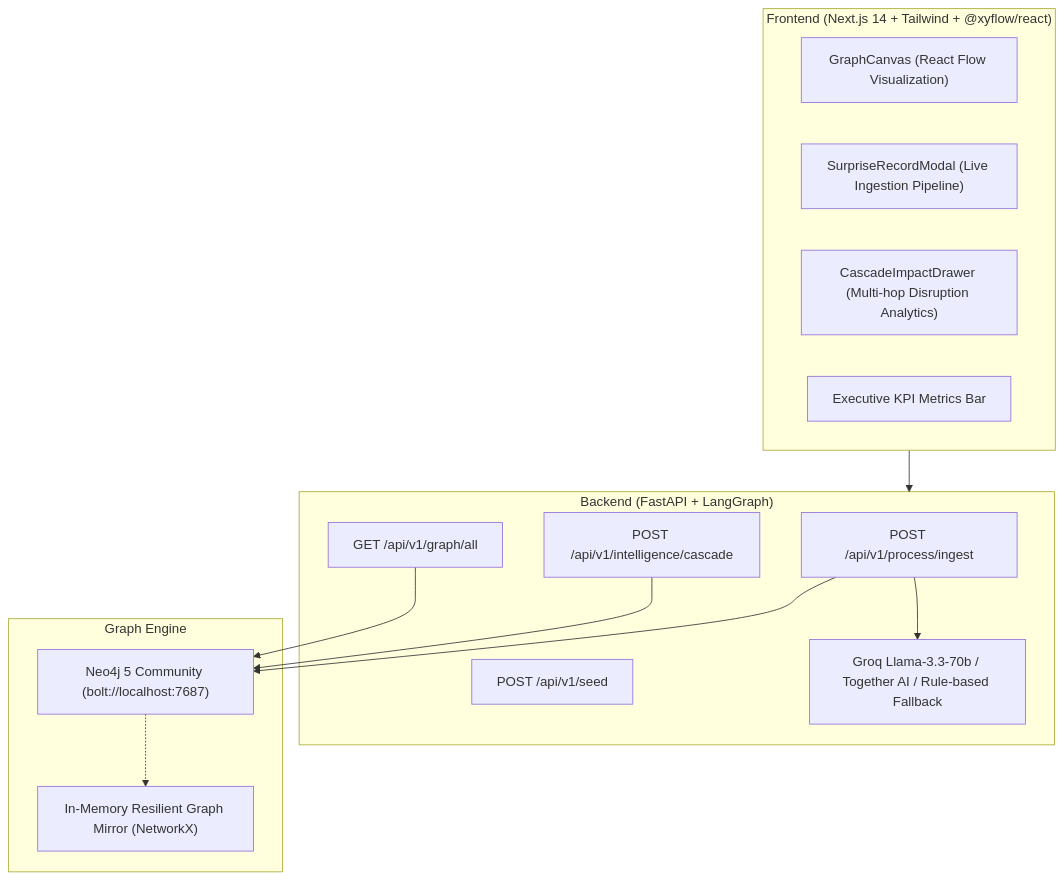
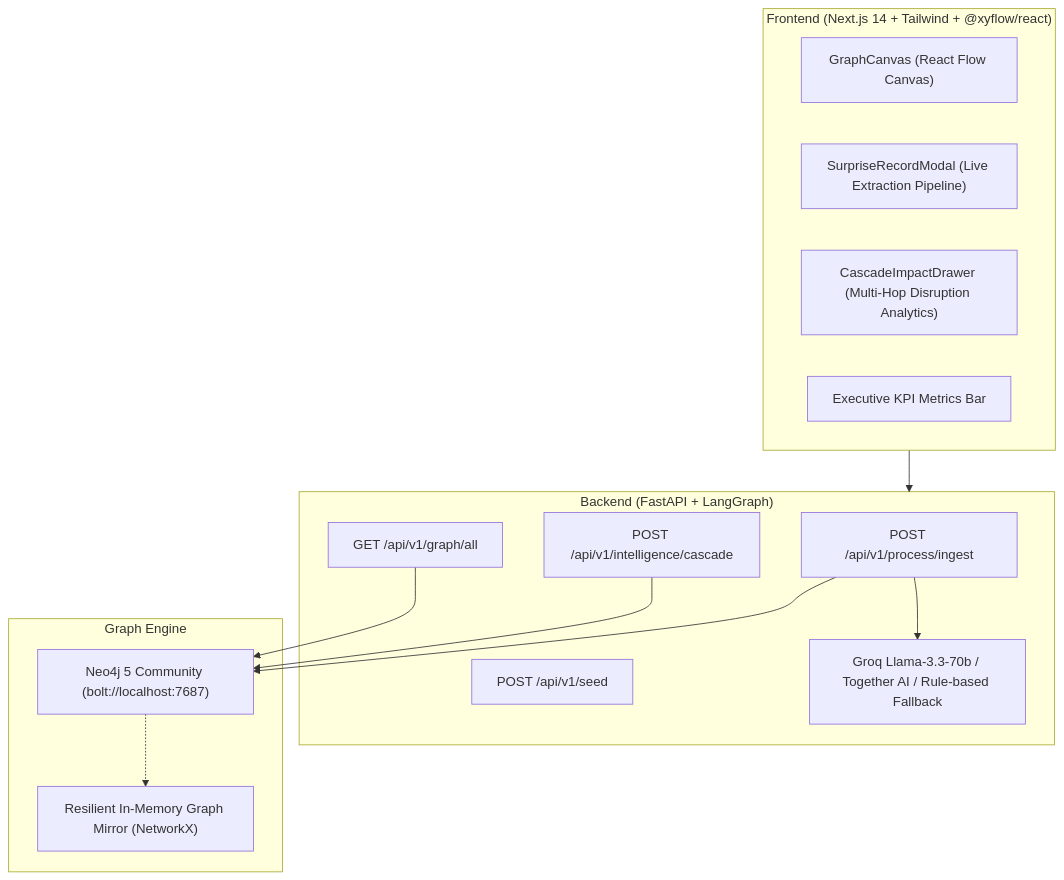
Before and after one commit to KesavaAI/modus-ai-intelligence-graph: the second of 2 diagrams in README.md, drawn with Mermaid. The commit also changed other lines of this file, not shown here.

````diff
--- a/README.md
+++ b/README.md
@@ -11,29 +71,29 @@
 ```mermaid
 graph TD
     subgraph UI ["Frontend (Next.js 14 + Tailwind + @xyflow/react)"]
-        GC["GraphCanvas (React Flow Visualization)"]
-        SRM["SurpriseRecordModal (Live Ingestion Pipeline)"]
-        CID["CascadeImpactDrawer (Multi-hop Disruption Analytics)"]
+        GC["GraphCanvas (React Flow Canvas)"]
+        SRM["SurpriseRecordModal (Live Extraction Pipeline)"]
+        CID["CascadeImpactDrawer (Multi-Hop Disruption Analytics)"]
         KPI["Executive KPI Metrics Bar"]
     end
 
     subgraph API ["Backend (FastAPI + LangGraph)"]
         INGEST["POST /api/v1/process/ingest"]
         CASCADE["POST /api/v1/intelligence/cascade"]
         GRAPH["GET /api/v1/graph/all"]
         SEED["POST /api/v1/seed"]
         LLM["Groq Llama-3.3-70b / Together AI / Rule-based Fallback"]
     end
 
     subgraph Storage ["Graph Engine"]
         NEO4J["Neo4j 5 Community (bolt://localhost:7687)"]
-        MEMORY["In-Memory Resilient Graph Mirror (NetworkX)"]
+        MEMORY["Resilient In-Memory Graph Mirror (NetworkX)"]
     end
 
     UI --> API
     INGEST --> LLM
     INGEST --> NEO4J
     CASCADE --> NEO4J
     GRAPH --> NEO4J
     NEO4J -.-> MEMORY
 ```
````
